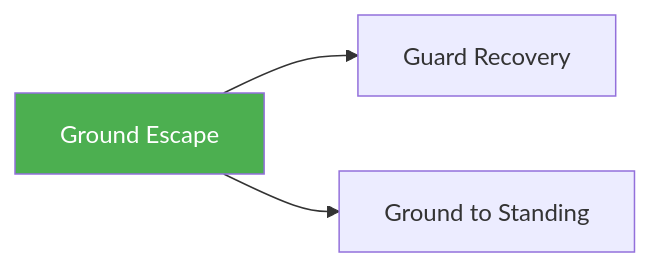
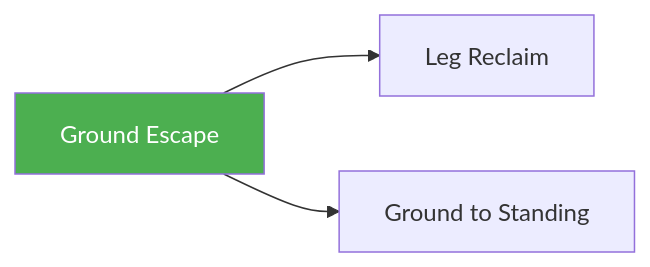
Before and after one commit to ACalienes/Ecological-MMA-Game-System: the diagram in docs/games/ground-escape.md, drawn with Mermaid. The commit also changed other lines of this file and 42 other files, not shown here.

````diff
--- a/docs/games/ground-escape.md
+++ b/docs/games/ground-escape.md
@@ -300,7 +307,7 @@
 ```mermaid
 flowchart LR
-    A[Ground Escape] --> B[Guard Recovery]
+    A[Ground Escape] --> B[Leg Reclaim]
     A --> C[Ground to Standing]
 
     style A fill:#4CAF50,color:#fff
 ```
````
